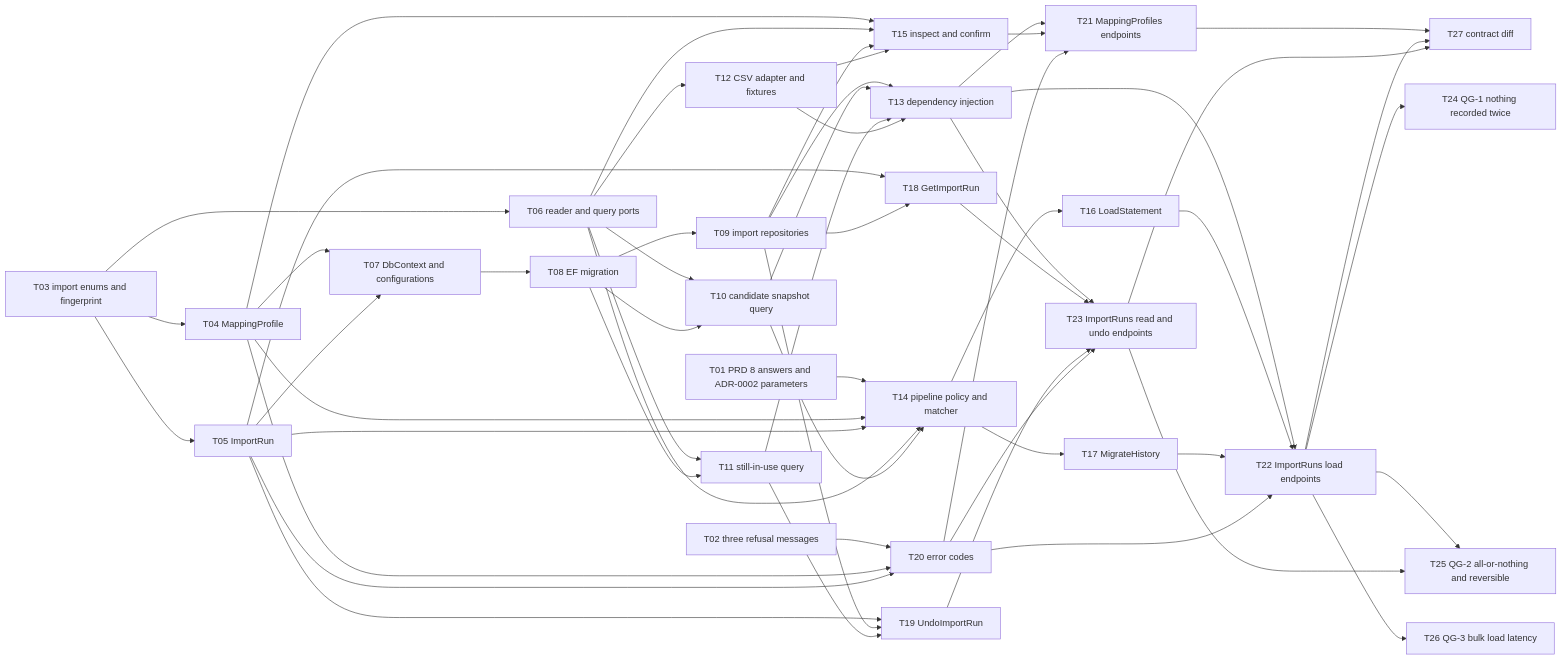
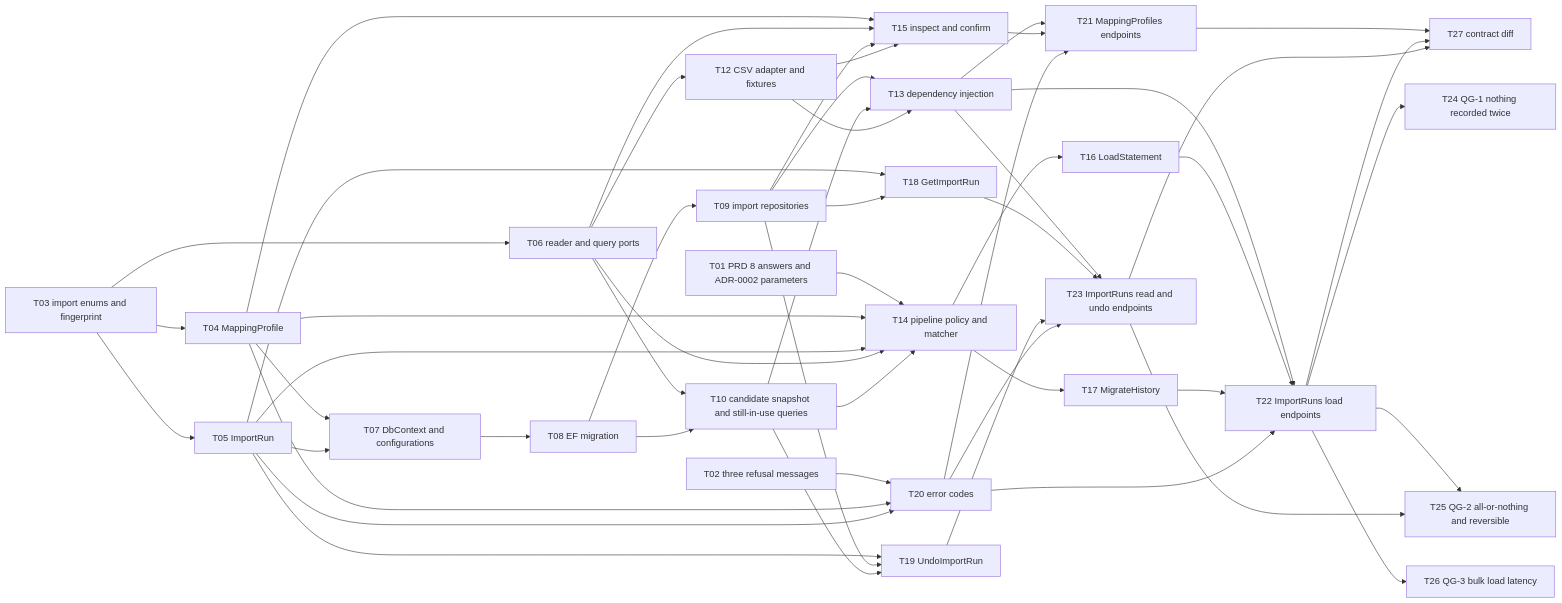
The diagram in docs/features/csv-import/tasks/_epic.md (andrey-o-sim/FinNavis), drawn with Mermaid before and after one commit. The commit also changed other lines of this file and 10 other files, not shown here.

```diff
--- a/docs/features/csv-import/tasks/_epic.md
+++ b/docs/features/csv-import/tasks/_epic.md
@@ -49,8 +49,7 @@
     T07["T07 DbContext and configurations"]
     T08["T08 EF migration"]
     T09["T09 import repositories"]
-    T10["T10 candidate snapshot query"]
-    T11["T11 still-in-use query"]
+    T10["T10 candidate snapshot and still-in-use queries"]
     T12["T12 CSV adapter and fixtures"]
     T13["T13 dependency injection"]
     T14["T14 pipeline policy and matcher"]
@@ -77,12 +76,9 @@
     T08 --> T09
     T06 --> T10
     T08 --> T10
-    T06 --> T11
-    T08 --> T11
     T06 --> T12
     T09 --> T13
     T10 --> T13
-    T11 --> T13
     T12 --> T13
     T01 --> T14
     T04 --> T14
@@ -99,7 +95,7 @@
     T09 --> T18
     T05 --> T19
     T09 --> T19
-    T11 --> T19
+    T10 --> T19
     T02 --> T20
     T04 --> T20
     T05 --> T20
```
